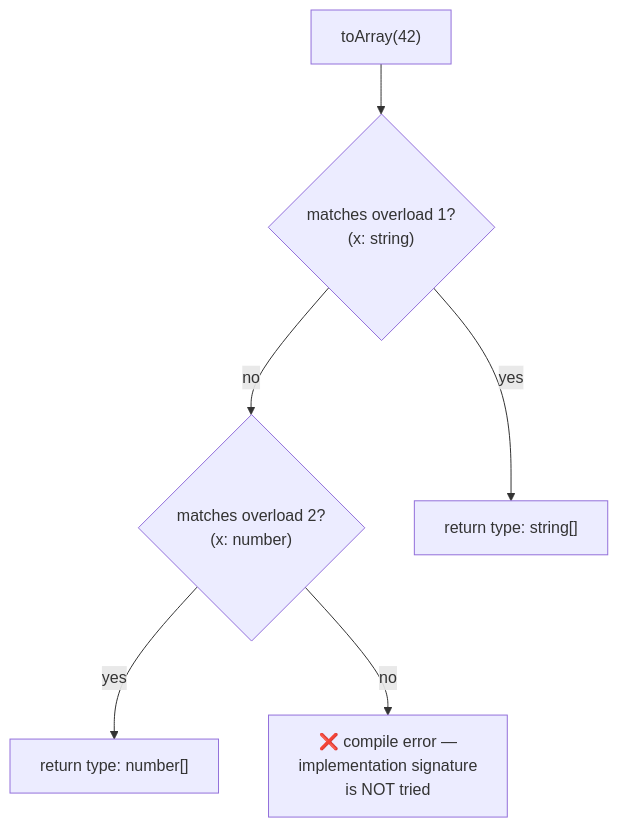
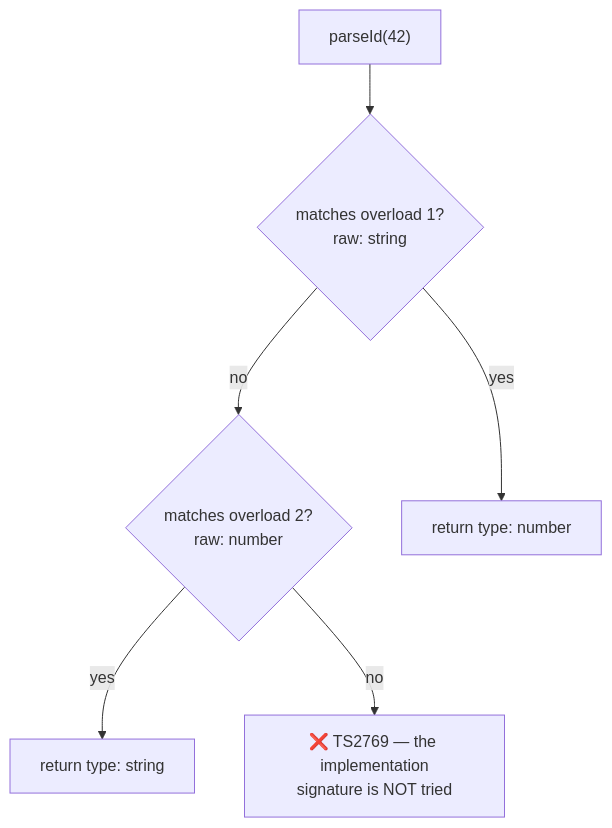
The sixth of 9 diagrams in 04-functions/LESSON.md (cheer-cho/LearningCourse--TypeScript--build-by-Claude-Code), drawn with Mermaid before and after one commit. The commit also changed other lines of this file and 79 other files, not shown here.

````diff
--- a/04-functions/LESSON.md
+++ b/04-functions/LESSON.md
@@ -49,8 +535,8 @@
 ```mermaid
 flowchart TD
-    Call["toArray(42)"] --> O1{"matches overload 1?<br/>(x: string)"}
-    O1 -- no --> O2{"matches overload 2?<br/>(x: number)"}
-    O2 -- yes --> R["return type: number[]"]
-    O1 -- yes --> R1["return type: string[]"]
-    O2 -- no --> E["❌ compile error —<br/>implementation signature<br/>is NOT tried"]
+    Call["parseId(42)"] --> O1{"matches overload 1?<br/>raw: string"}
+    O1 -- no --> O2{"matches overload 2?<br/>raw: number"}
+    O2 -- yes --> R["return type: string"]
+    O1 -- yes --> R1["return type: number"]
+    O2 -- no --> E["❌ TS2769 — the implementation<br/>signature is NOT tried"]
 ```
````
